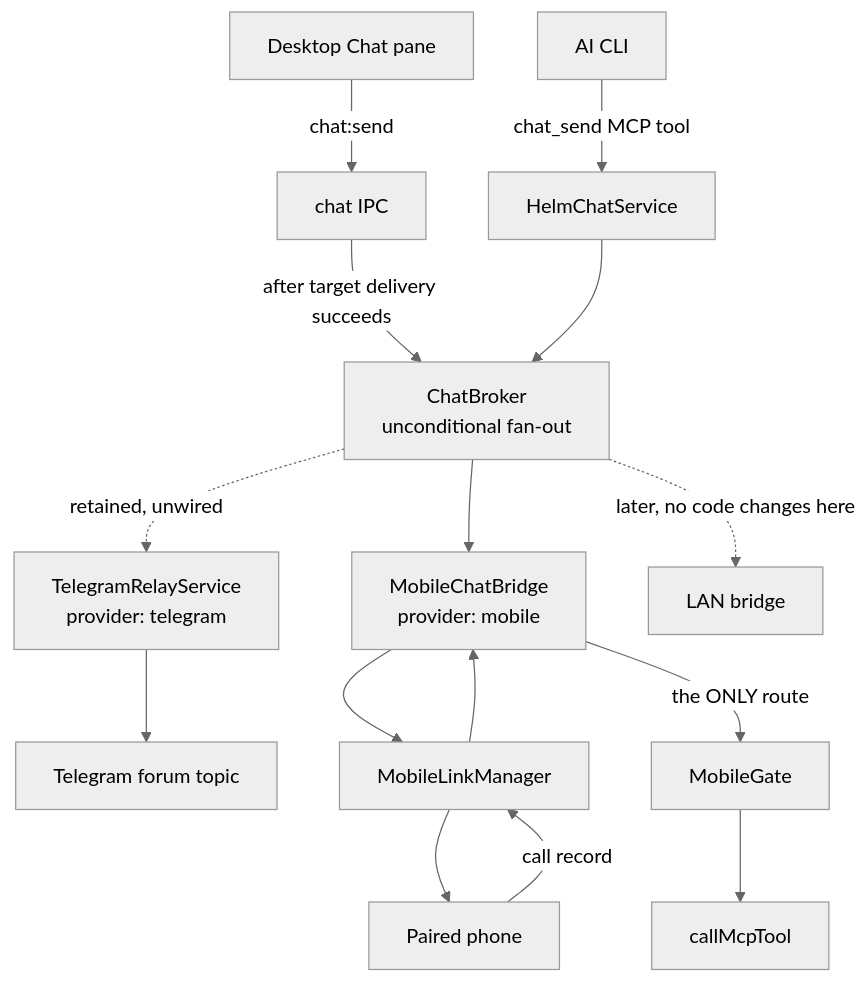
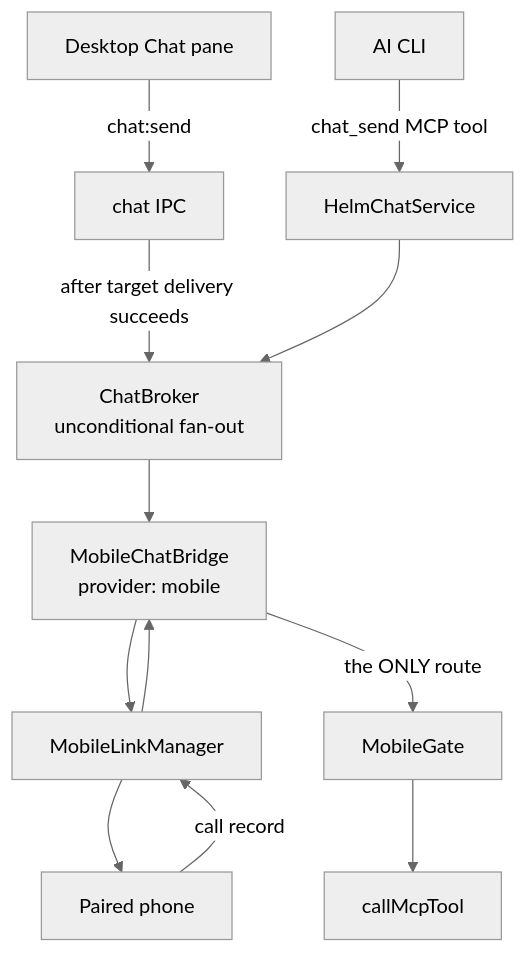
Before and after one commit to PetePeter/helm: the first of 7 diagrams in docs/chat-fan-out.md, drawn with Mermaid (neutral theme). The commit also changed other lines of this file and 35 other files, not shown here.

````diff
--- a/docs/chat-fan-out.md
+++ b/docs/chat-fan-out.md
@@ -19,15 +17,12 @@
 ```mermaid
 graph TB
     DESK[Desktop Chat pane] -->|chat:send| IPC[chat IPC]
     IPC -->|after target delivery succeeds| BROKER
     CLI[AI CLI] -->|chat_send MCP tool| SVC[HelmChatService]
     SVC --> BROKER[ChatBroker<br/>unconditional fan-out]
     BROKER --> MOB[MobileChatBridge<br/>provider: mobile]
-    BROKER -.->|retained, unwired| TG[TelegramRelayService<br/>provider: telegram]
-    BROKER -.->|later, no code changes here| LAN[LAN bridge]
-    TG --> TOPIC[Telegram forum topic]
     MOB --> LINK[MobileLinkManager] --> PHONE[Paired phone]
 
     PHONE -->|call record| LINK --> MOB
     MOB -->|"the ONLY route"| GATE[MobileGate] --> MCP[callMcpTool]
 ```
````
